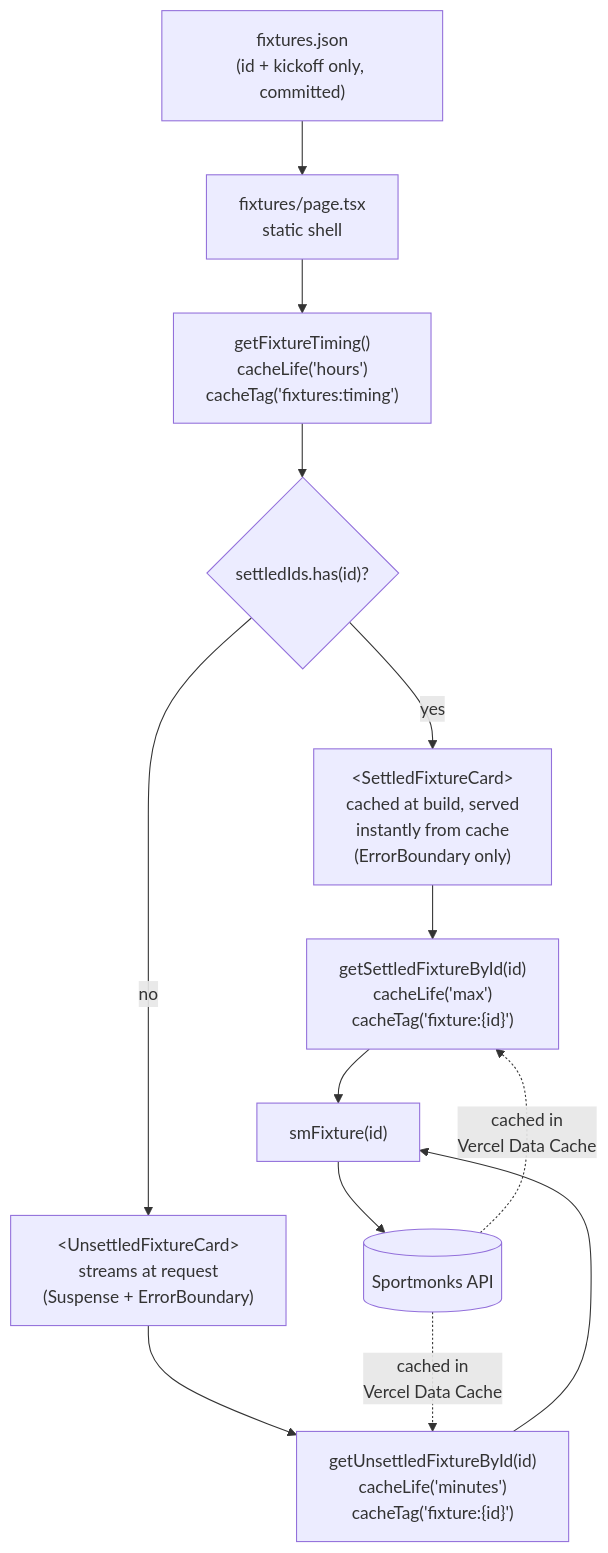
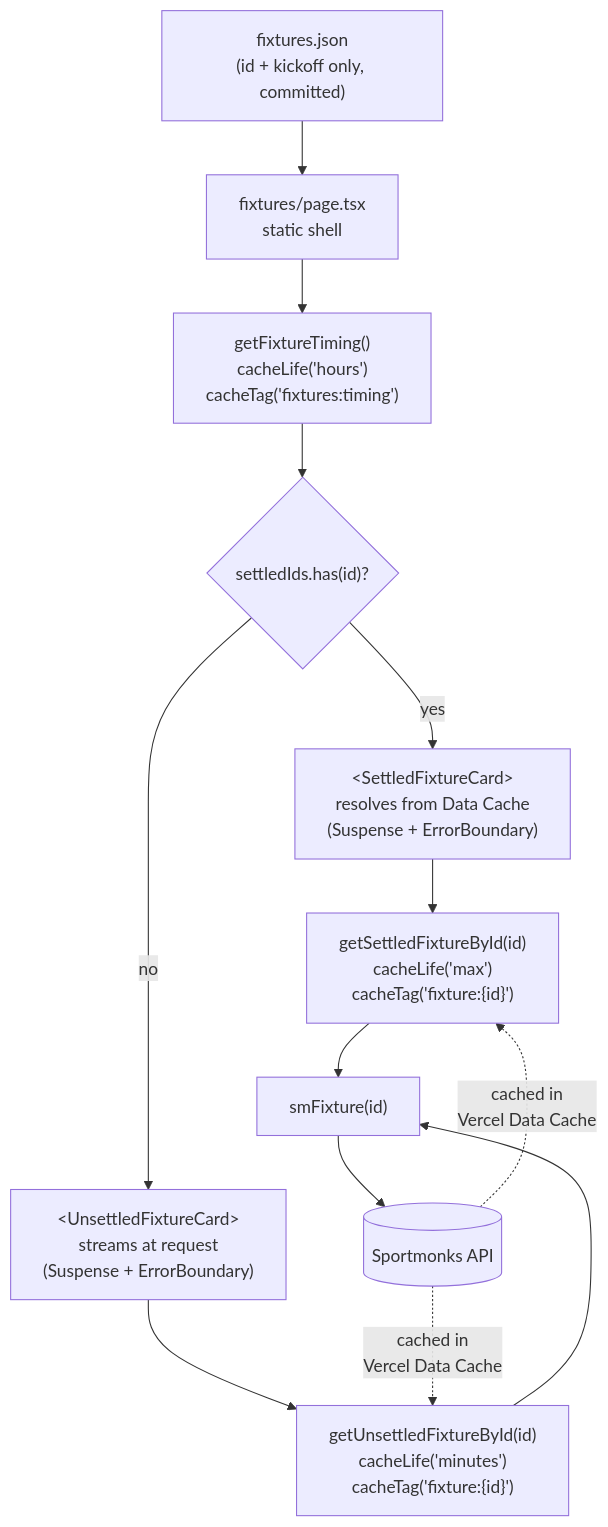
One commit to arsenalamerica/app changed the diagram in docs/adr/005-fixture-index-and-state-aware-caching.md. Above: the diagram before and after it, drawn with Mermaid. The commit also changed other lines of this file and 3 other files, not shown here.

First line of the commit message:
fix(fixtures): chronological order, client-local time, Suspense on settled cards

````diff
--- a/docs/adr/005-fixture-index-and-state-aware-caching.md
+++ b/docs/adr/005-fixture-index-and-state-aware-caching.md
@@ -80,15 +80,15 @@
 ```mermaid
 flowchart TD
     A["fixtures.json<br/>(id + kickoff only, committed)"] --> B["fixtures/page.tsx<br/>static shell"]
     B --> T["getFixtureTiming()<br/>cacheLife('hours')<br/>cacheTag('fixtures:timing')"]
     T --> C{"settledIds.has(id)?"}
-    C -->|yes| D["&lt;SettledFixtureCard&gt;<br/>cached at build, served<br/>instantly from cache<br/>(ErrorBoundary only)"]
+    C -->|yes| D["&lt;SettledFixtureCard&gt;<br/>resolves from Data Cache<br/>(Suspense + ErrorBoundary)"]
     C -->|no| E["&lt;UnsettledFixtureCard&gt;<br/>streams at request<br/>(Suspense + ErrorBoundary)"]
     D --> F["getSettledFixtureById(id)<br/>cacheLife('max')<br/>cacheTag('fixture:{id}')"]
     E --> G["getUnsettledFixtureById(id)<br/>cacheLife('minutes')<br/>cacheTag('fixture:{id}')"]
     F --> H["smFixture(id)"]
     G --> H
     H --> I[("Sportmonks API")]
     I -.->|cached in<br/>Vercel Data Cache| F
     I -.->|cached in<br/>Vercel Data Cache| G
 ```
````
